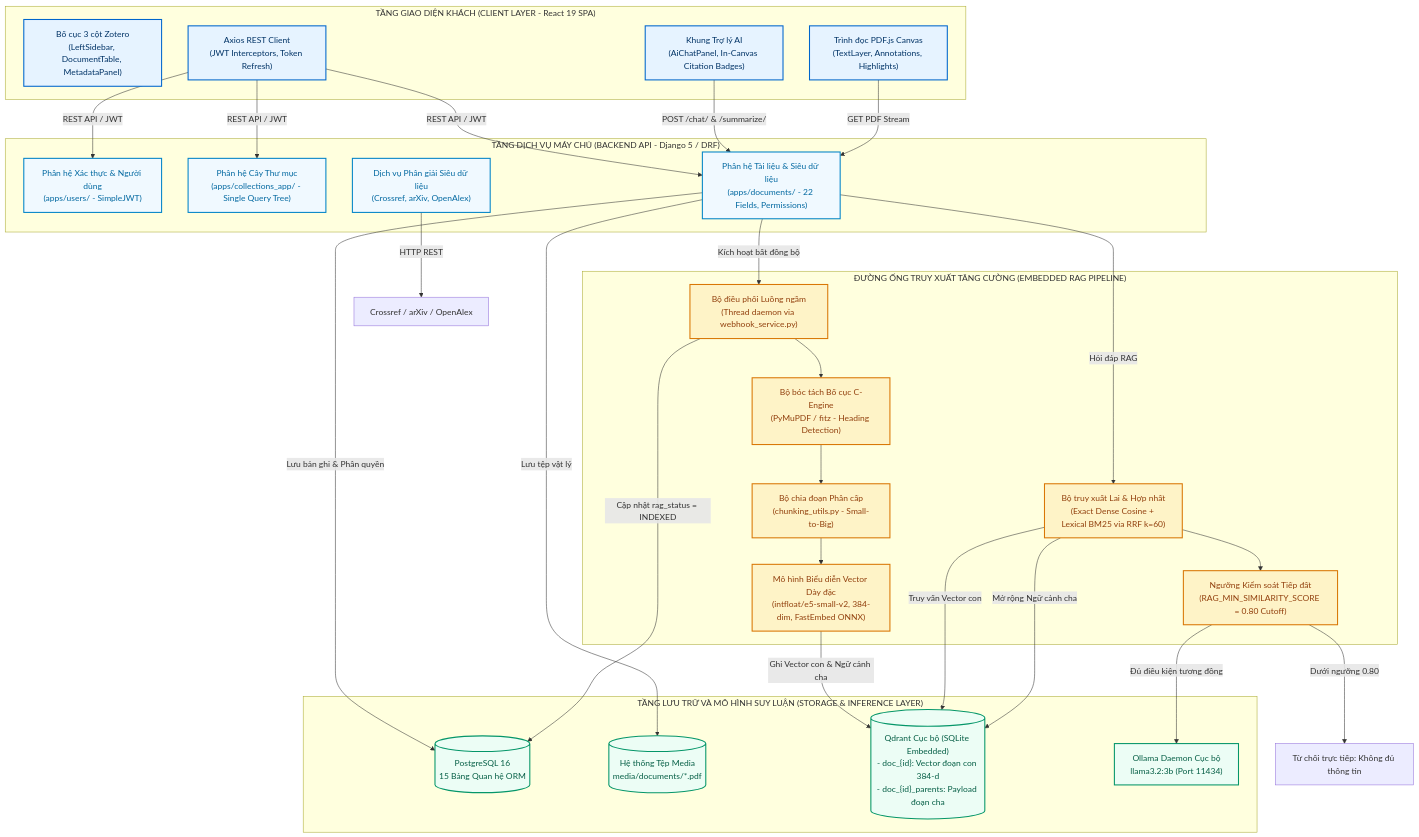
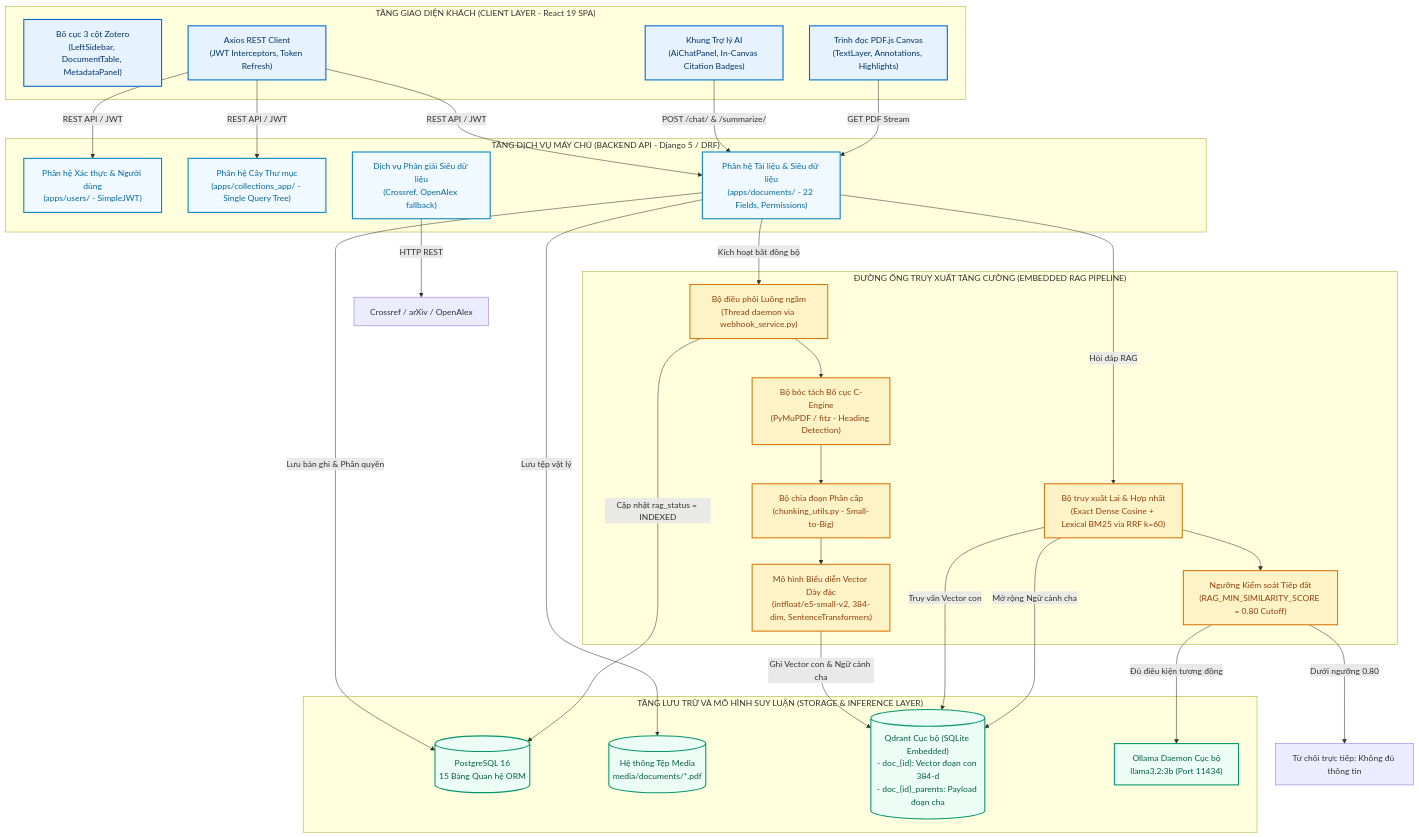
One commit to Scrowbin/science-document-viewer changed the second of 5 diagrams in DU_AN_CNTT_TOAN_VAN.md. Above: the diagram before and after it, drawn with Mermaid. The commit also changed other lines of this file and 52 other files, not shown here.

````diff
--- a/DU_AN_CNTT_TOAN_VAN.md
+++ b/DU_AN_CNTT_TOAN_VAN.md
@@ -783,61 +785,61 @@
 ```mermaid
 graph TB
     classDef clientStyle fill:#e6f3ff,stroke:#0066cc,stroke-width:2px,color:#003366;
     classDef beStyle fill:#f0f9ff,stroke:#0284c7,stroke-width:2px,color:#0369a1;
     classDef ragStyle fill:#fef3c7,stroke:#d97706,stroke-width:2px,color:#92400e;
     classDef dbStyle fill:#ecfdf5,stroke:#059669,stroke-width:2px,color:#065f46;
 
     subgraph "TẦNG GIAO DIỆN KHÁCH (CLIENT LAYER - React 19 SPA)"
         UI_Zotero["Bố cục 3 cột Zotero<br/>(LeftSidebar, DocumentTable, MetadataPanel)"]:::clientStyle
         UI_Pdf["Trình đọc PDF.js Canvas<br/>(TextLayer, Annotations, Highlights)"]:::clientStyle
         UI_Ai["Khung Trợ lý AI<br/>(AiChatPanel, In-Canvas Citation Badges)"]:::clientStyle
         UI_Client["Axios REST Client<br/>(JWT Interceptors, Token Refresh)"]:::clientStyle
     end
 
     subgraph "TẦNG DỊCH VỤ MÁY CHỦ (BACKEND API - Django 5 / DRF)"
         API_Auth["Phân hệ Xác thực & Người dùng<br/>(apps/users/ - SimpleJWT)"]:::beStyle
         API_Colls["Phân hệ Cây Thư mục<br/>(apps/collections_app/ - Single Query Tree)"]:::beStyle
         API_Docs["Phân hệ Tài liệu & Siêu dữ liệu<br/>(apps/documents/ - 22 Fields, Permissions)"]:::beStyle
-        API_Ext["Dịch vụ Phân giải Siêu dữ liệu<br/>(Crossref, arXiv, OpenAlex)"]:::beStyle
+        API_Ext["Dịch vụ Phân giải Siêu dữ liệu<br/>(Crossref, OpenAlex fallback)"]:::beStyle
     end
 
     subgraph "ĐƯỜNG ỐNG TRUY XUẤT TĂNG CƯỜNG (EMBEDDED RAG PIPELINE)"
         RAG_Worker["Bộ điều phối Luồng ngầm<br/>(Thread daemon via webhook_service.py)"]:::ragStyle
         RAG_Parser["Bộ bóc tách Bố cục C-Engine<br/>(PyMuPDF / fitz - Heading Detection)"]:::ragStyle
         RAG_Chunk["Bộ chia đoạn Phân cấp<br/>(chunking_utils.py - Small-to-Big)"]:::ragStyle
-        RAG_Embed["Mô hình Biểu diễn Vector Dày đặc<br/>(intfloat/e5-small-v2, 384-dim, FastEmbed ONNX)"]:::ragStyle
+        RAG_Embed["Mô hình Biểu diễn Vector Dày đặc<br/>(intfloat/e5-small-v2, 384-dim, SentenceTransformers)"]:::ragStyle
         RAG_Search["Bộ truy xuất Lai & Hợp nhất<br/>(Exact Dense Cosine + Lexical BM25 via RRF k=60)"]:::ragStyle
         RAG_Guard["Ngưỡng Kiểm soát Tiếp đất<br/>(RAG_MIN_SIMILARITY_SCORE = 0.80 Cutoff)"]:::ragStyle
     end
 
     subgraph "TẦNG LƯU TRỮ VÀ MÔ HÌNH SUY LUẬN (STORAGE & INFERENCE LAYER)"
         DB_Postgres[("PostgreSQL 16<br/>15 Bảng Quan hệ ORM")]:::dbStyle
         FS_Media[("Hệ thống Tệp Media<br/>media/documents/*.pdf")]:::dbStyle
         VDB_Qdrant[("Qdrant Cục bộ (SQLite Embedded)<br/>- doc_{id}: Vector đoạn con 384-d<br/>- doc_{id}_parents: Payload đoạn cha")]:::dbStyle
         LLM_Ollama["Ollama Daemon Cục bộ<br/>llama3.2:3b (Port 11434)"]:::dbStyle
     end
 
     UI_Client -->|REST API / JWT| API_Auth
     UI_Client -->|REST API / JWT| API_Colls
     UI_Client -->|REST API / JWT| API_Docs
     UI_Ai -->|POST /chat/ & /summarize/| API_Docs
     UI_Pdf -->|GET PDF Stream| API_Docs
 
     API_Docs -->|Lưu bản ghi & Phân quyền| DB_Postgres
     API_Docs -->|Lưu tệp vật lý| FS_Media
     API_Docs -->|Kích hoạt bất đồng bộ| RAG_Worker
     API_Ext -->|HTTP REST| Ext_Apis["Crossref / arXiv / OpenAlex"]
 
     RAG_Worker --> RAG_Parser
     RAG_Parser --> RAG_Chunk
     RAG_Chunk --> RAG_Embed
     RAG_Embed -->|Ghi Vector con & Ngữ cảnh cha| VDB_Qdrant
     RAG_Worker -->|Cập nhật rag_status = INDEXED| DB_Postgres
 
     API_Docs -->|Hỏi đáp RAG| RAG_Search
     RAG_Search -->|Truy vấn Vector con| VDB_Qdrant
     RAG_Search -->|Mở rộng Ngữ cảnh cha| VDB_Qdrant
     RAG_Search --> RAG_Guard
     RAG_Guard -->|Đủ điều kiện tương đồng| LLM_Ollama
     RAG_Guard -->|Dưới ngưỡng 0.80| Refusal["Từ chối trực tiếp: Không đủ thông tin"]
 ```
````
